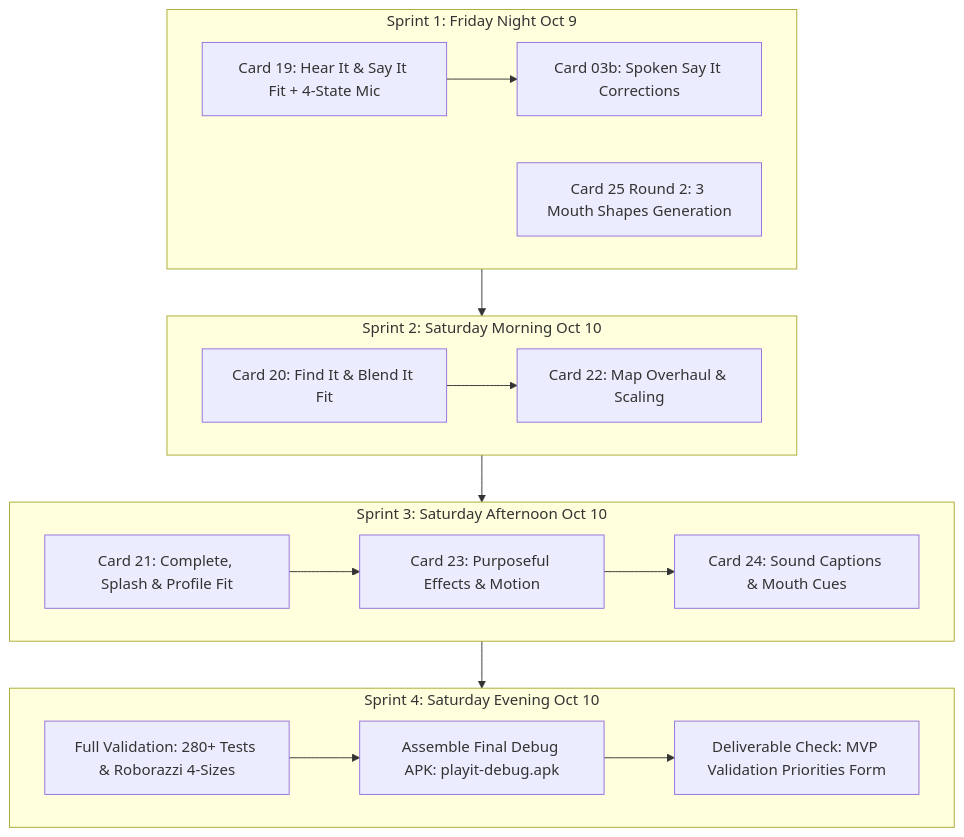
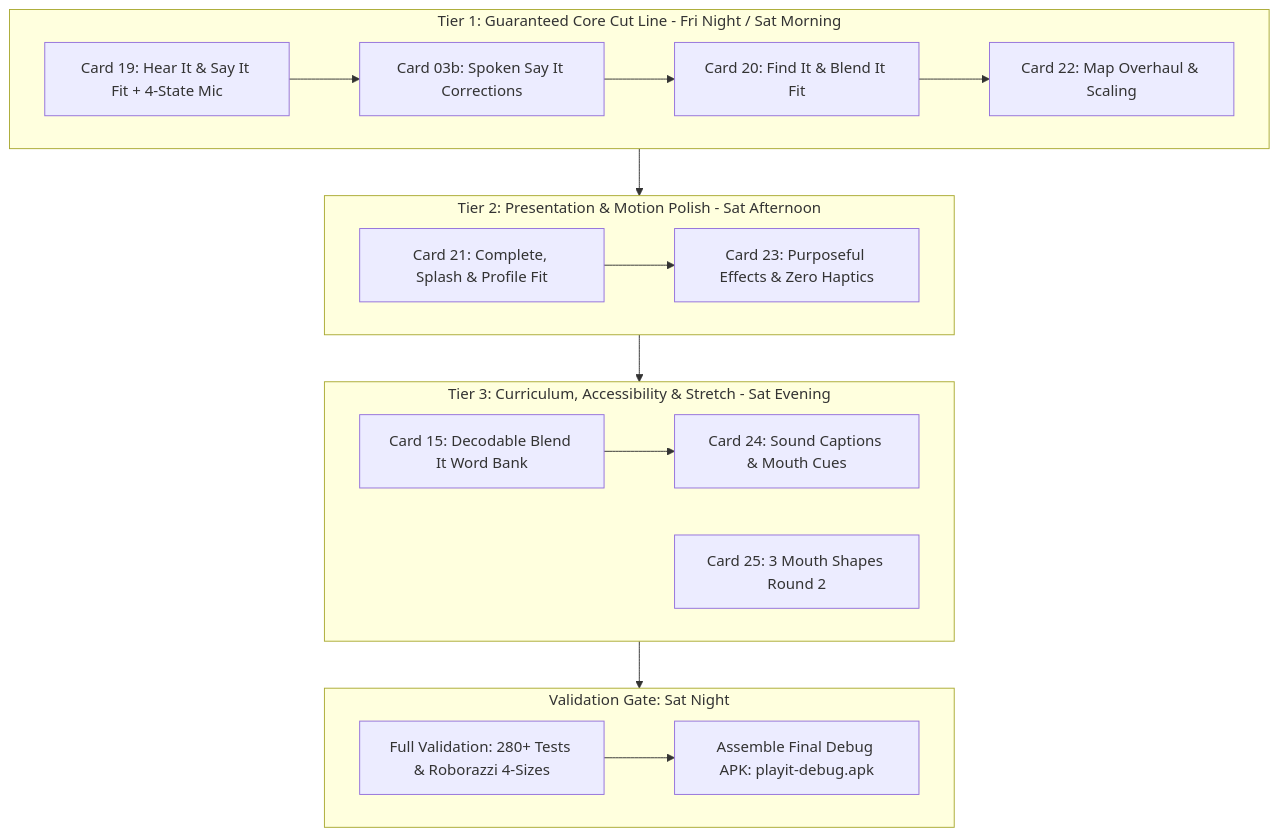
Before and after one commit to zendrix-hub/playIT-v2: the diagram in docs/tasks/SPRINT_OCT10_ORCHESTRATION.md, drawn with Mermaid. The commit also changed other lines of this file and 2 other files, not shown here.

Commit message:
docs(tasks): add card 03b and card 15; structure staged 3-tier roadmap for Oct 10 sprint

````diff
--- a/docs/tasks/SPRINT_OCT10_ORCHESTRATION.md
+++ b/docs/tasks/SPRINT_OCT10_ORCHESTRATION.md
@@ -27,31 +29,25 @@
 ```mermaid
 graph TD
-    subgraph Sprint_1 [Sprint 1: Friday Night Oct 9]
-        C19[Card 19: Hear It & Say It Fit + 4-State Mic]
-        C03b[Card 03b: Spoken Say It Corrections]
-        C25[Card 25 Round 2: 3 Mouth Shapes Generation]
-        C19 --> C03b
+    subgraph Tier_1 [Tier 1: Guaranteed Core Cut Line - Fri Night / Sat Morning]
+        C19[Card 19: Hear It & Say It Fit + 4-State Mic] --> C03b[Card 03b: Spoken Say It Corrections]
+        C03b --> C20[Card 20: Find It & Blend It Fit]
+        C20 --> C22[Card 22: Map Overhaul & Scaling]
     end
 
-    subgraph Sprint_2 [Sprint 2: Saturday Morning Oct 10]
-        C20[Card 20: Find It & Blend It Fit]
-        C22[Card 22: Map Overhaul & Scaling]
-        C20 --> C22
+    subgraph Tier_2 [Tier 2: Presentation & Motion Polish - Sat Afternoon]
+        C21[Card 21: Complete, Splash & Profile Fit] --> C23[Card 23: Purposeful Effects & Zero Haptics]
     end
 
-    subgraph Sprint_3 [Sprint 3: Saturday Afternoon Oct 10]
-        C21[Card 21: Complete, Splash & Profile Fit]
-        C23[Card 23: Purposeful Effects & Motion]
-        C24[Card 24: Sound Captions & Mouth Cues]
-        C21 --> C23 --> C24
+    subgraph Tier_3 [Tier 3: Curriculum, Accessibility & Stretch - Sat Evening]
+        C15[Card 15: Decodable Blend It Word Bank] --> C24[Card 24: Sound Captions & Mouth Cues]
+        C25[Card 25: 3 Mouth Shapes Round 2]
     end
 
-    subgraph Sprint_4 [Sprint 4: Saturday Evening Oct 10]
+    subgraph Validation_Gate [Validation Gate: Sat Night]
         VAL[Full Validation: 280+ Tests & Roborazzi 4-Sizes]
         APK[Assemble Final Debug APK: playit-debug.apk]
-        DOC[Deliverable Check: MVP Validation Priorities Form]
-        VAL --> APK --> DOC
+        VAL --> APK
     end
 
-    Sprint_1 --> Sprint_2 --> Sprint_3 --> Sprint_4
+    Tier_1 --> Tier_2 --> Tier_3 --> Validation_Gate
 ```
````
